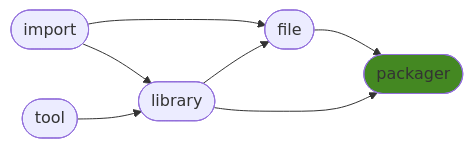
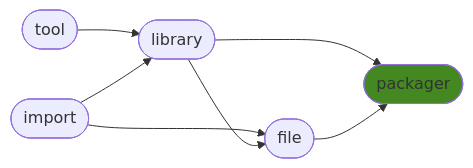
Before and after one commit to ManderaGeneral/generalpackager: the diagram in README.md, drawn with Mermaid. The commit also changed other lines of this file and 3 other files, not shown here.

````diff
--- a/README.md
+++ b/README.md
@@ -24,15 +24,15 @@
 ```mermaid
 flowchart LR
-0([import]) --> 2([library])
-1([tool]) --> 2([library])
 0([import]) --> 3([file])
+2([library]) --> 4([packager])
 3([file]) --> 4([packager])
 2([library]) --> 3([file])
-2([library]) --> 4([packager])
+1([tool]) --> 2([library])
+0([import]) --> 2([library])
 click 0 "https://github.com/ManderaGeneral/generalimport"
 click 1 "https://github.com/ManderaGeneral/generaltool"
 click 2 "https://github.com/ManderaGeneral/generallibrary"
 click 3 "https://github.com/ManderaGeneral/generalfile"
 click 4 "https://github.com/ManderaGeneral/generalpackager"
 style 4 fill:#482
 ```
````
